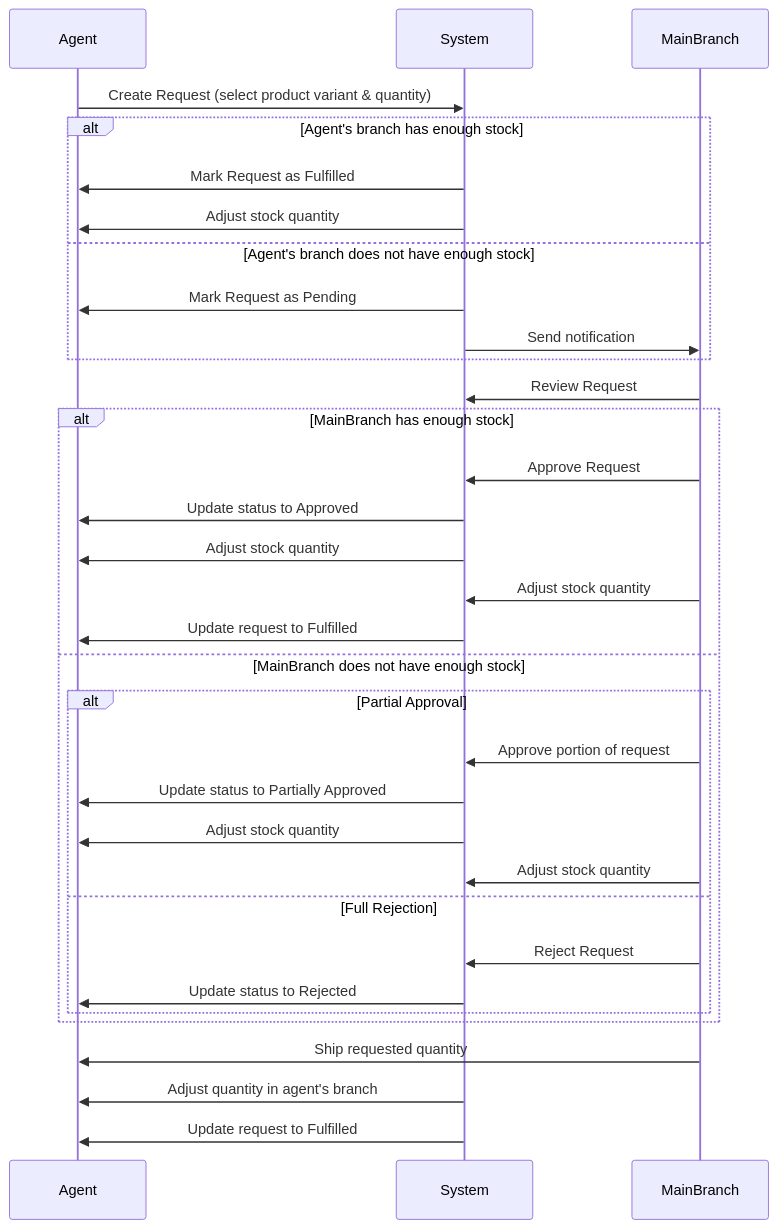
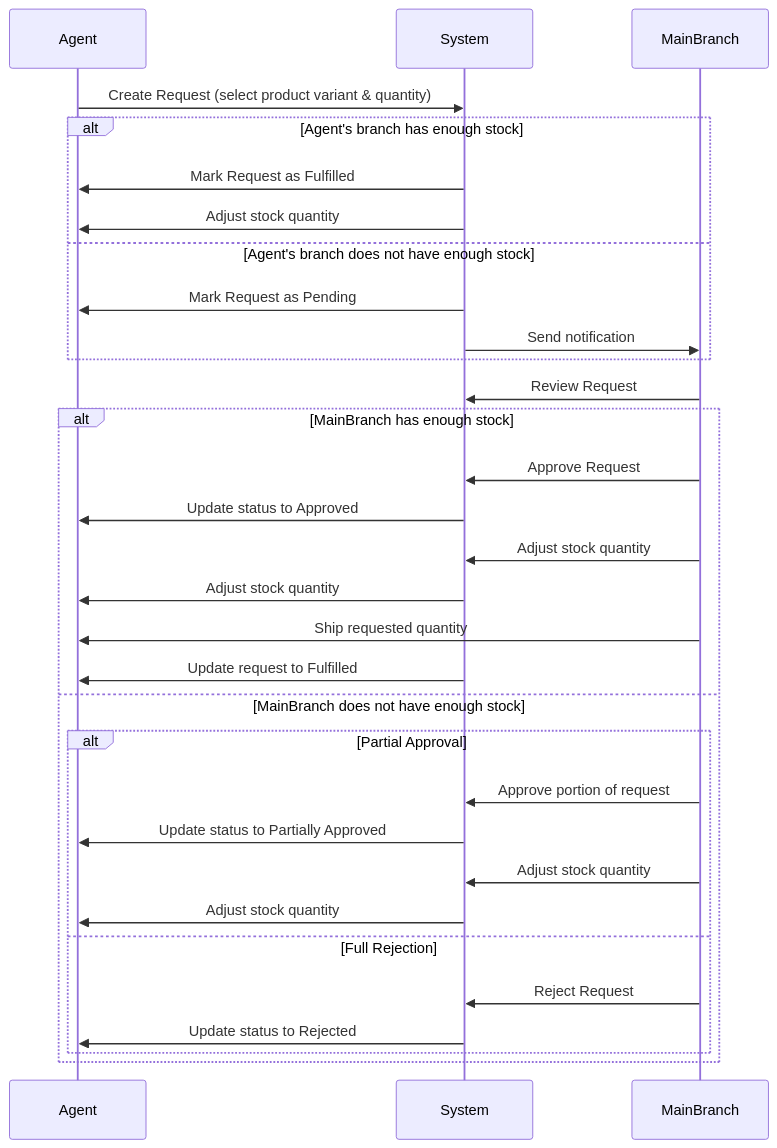
One commit to yegobox/flipper changed the diagram in Agent.MD. Above: the diagram before and after it, drawn with Mermaid. The commit also changed other lines of this file and 15 other files, not shown here.

````diff
--- a/Agent.MD
+++ b/Agent.MD
@@ -13,40 +4,38 @@
 ```mermaid
 
 sequenceDiagram
     participant Agent
     participant System
     participant MainBranch
 
     Agent->>System: Create Request (select product variant & quantity)
     alt Agent's branch has enough stock
         System->>Agent: Mark Request as Fulfilled
         System->>Agent: Adjust stock quantity
     else Agent's branch does not have enough stock
         System->>Agent: Mark Request as Pending
         System->>MainBranch: Send notification
     end
     
     MainBranch->>System: Review Request
     alt MainBranch has enough stock
         MainBranch->>System: Approve Request
         System->>Agent: Update status to Approved
+        MainBranch->>System: Adjust stock quantity
         System->>Agent: Adjust stock quantity
-        MainBranch->>System: Adjust stock quantity
+        MainBranch->>Agent: Ship requested quantity
         System->>Agent: Update request to Fulfilled
     else MainBranch does not have enough stock
         alt Partial Approval
             MainBranch->>System: Approve portion of request
             System->>Agent: Update status to Partially Approved
+            MainBranch->>System: Adjust stock quantity
             System->>Agent: Adjust stock quantity
-            MainBranch->>System: Adjust stock quantity
         else Full Rejection
             MainBranch->>System: Reject Request
             System->>Agent: Update status to Rejected
         end
     end
-    
-    MainBranch->>Agent: Ship requested quantity
-    System->>Agent: Adjust quantity in agent's branch
-    System->>Agent: Update request to Fulfilled
+
 
 ```
````
